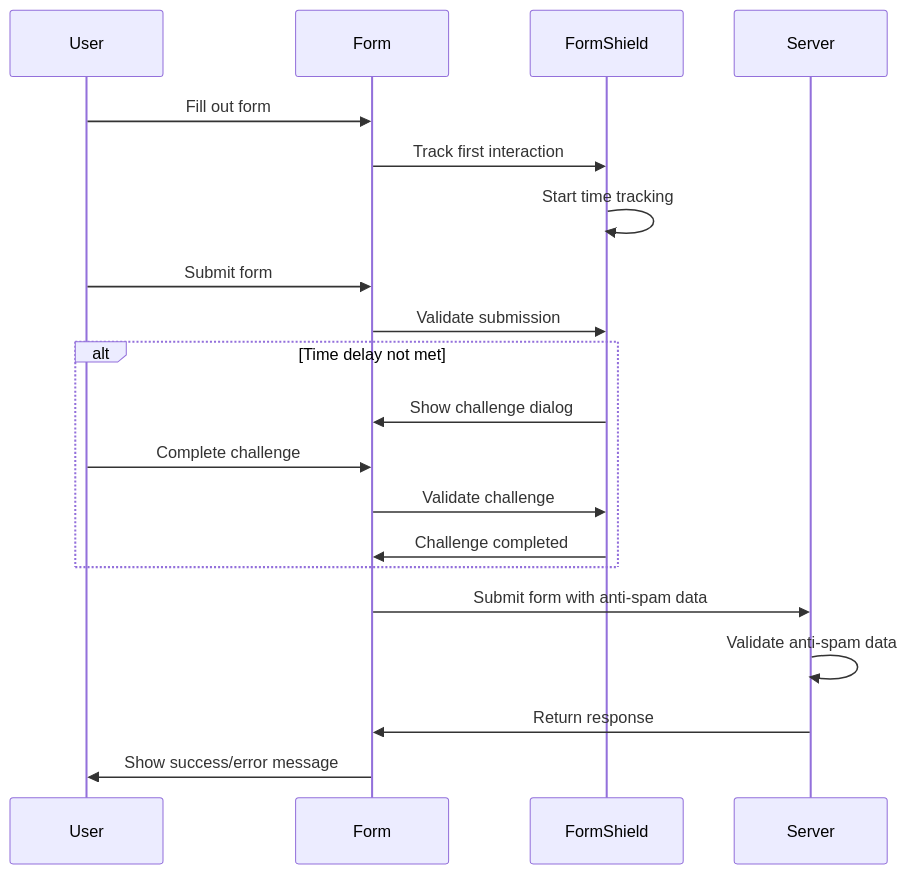
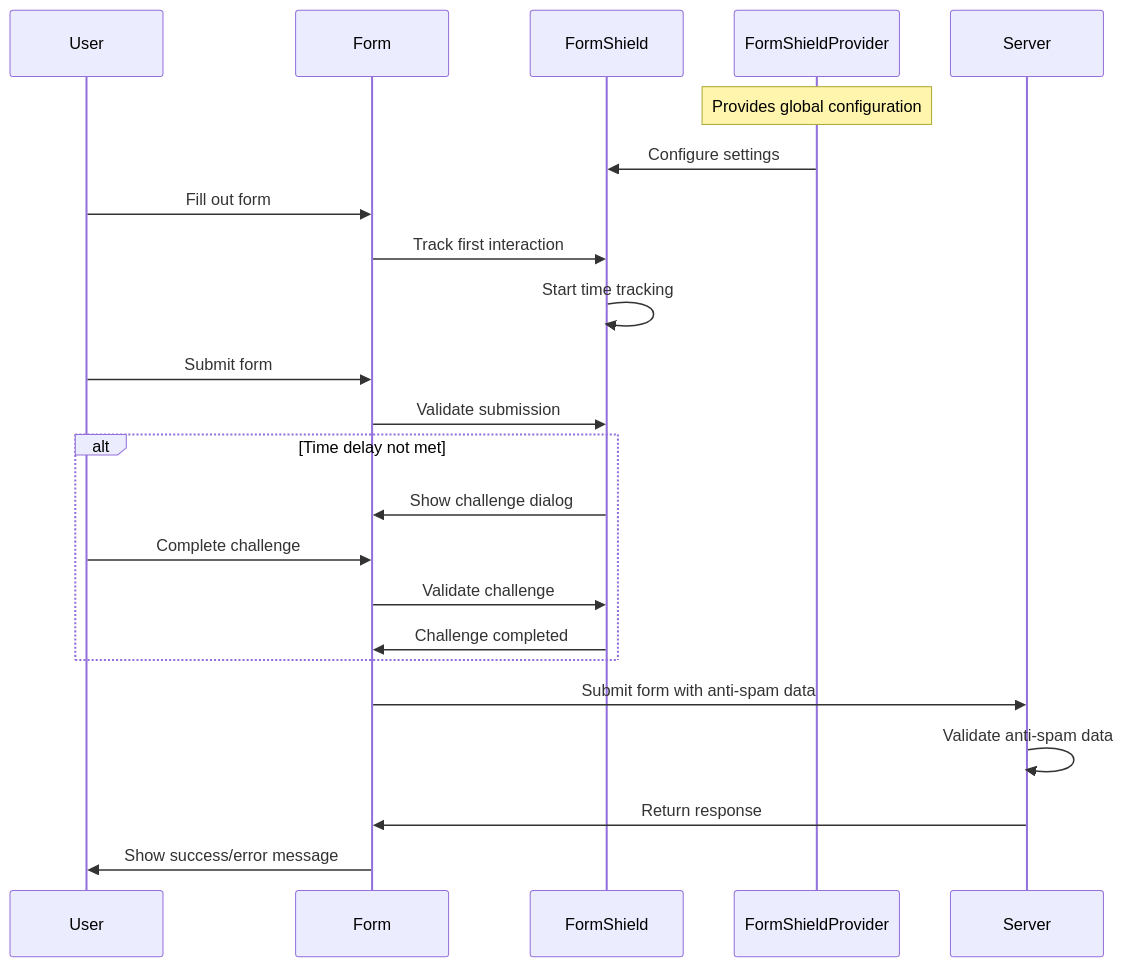
One commit to extensionteamhq/react-form-shield changed the diagram in docs/diagrams/data-flow.md. Above: the diagram before and after it, drawn with Mermaid. The commit also changed other lines of this file and 22 other files, not shown here.

First line of the commit message:
implemented the FormShieldProvider component for global configuration allowing you to provide global settings for all forms in your application, making it easier to maintain consistent anti-spam protection across multiple forms.

````diff
--- a/docs/diagrams/data-flow.md
+++ b/docs/diagrams/data-flow.md
@@ -5,25 +5,29 @@
 ```mermaid
 sequenceDiagram
     participant User
     participant Form
     participant FormShield
+    participant FormShieldProvider
     participant Server
 
+    Note over FormShieldProvider: Provides global configuration
+
+    FormShieldProvider->>FormShield: Configure settings
     User->>Form: Fill out form
     Form->>FormShield: Track first interaction
     FormShield->>FormShield: Start time tracking
     User->>Form: Submit form
     Form->>FormShield: Validate submission
 
     alt Time delay not met
         FormShield->>Form: Show challenge dialog
         User->>Form: Complete challenge
         Form->>FormShield: Validate challenge
         FormShield->>Form: Challenge completed
     end
 
     Form->>Server: Submit form with anti-spam data
     Server->>Server: Validate anti-spam data
     Server->>Form: Return response
     Form->>User: Show success/error message
 ```
````
